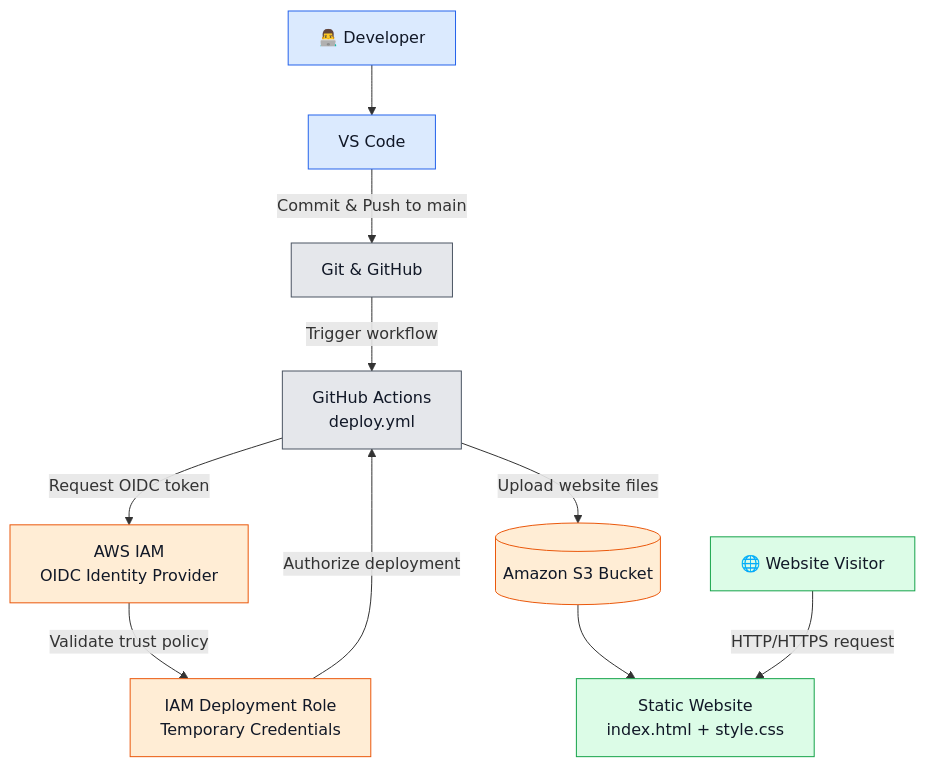
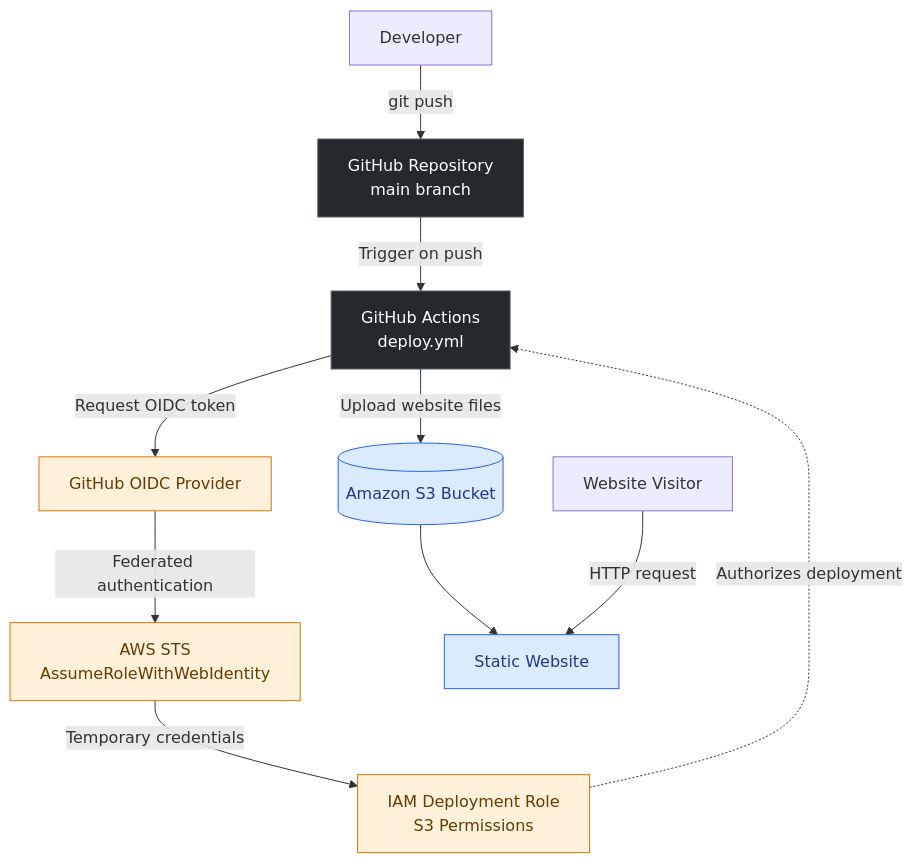
One commit to heetnandu01/AWS-S3-Static-Website-Hosting changed the diagram in README.md. Above: the diagram before and after it, drawn with Mermaid. The commit also changed other lines of this file, not shown here.

````diff
--- a/README.md
+++ b/README.md
@@ -14,32 +7,30 @@
 ```mermaid
 flowchart TD
-    A["👨‍💻 Developer"]
-    B["VS Code"]
-    C["Git & GitHub"]
-    D["GitHub Actions<br/>deploy.yml"]
-    E["AWS IAM<br/>OIDC Identity Provider"]
-    F["IAM Deployment Role<br/>Temporary Credentials"]
+    A["Developer"]
+    B["GitHub Repository<br/>main branch"]
+    C["GitHub Actions<br/>deploy.yml"]
+    D["GitHub OIDC Provider"]
+    E["AWS STS<br/>AssumeRoleWithWebIdentity"]
+    F["IAM Deployment Role<br/>S3 Permissions"]
     G[("Amazon S3 Bucket")]
-    H["Static Website<br/>index.html + style.css"]
-    I["🌐 Website Visitor"]
+    H["Static Website"]
+    I["Website Visitor"]
 
-    A --> B
-    B -->|"Commit & Push to main"| C
-    C -->|"Trigger workflow"| D
-    D -->|"Request OIDC token"| E
-    E -->|"Validate trust policy"| F
-    F -->|"Authorize deployment"| D
-    D -->|"Upload website files"| G
+    A -->|"git push"| B
+    B -->|"Trigger on push"| C
+    C -->|"Request OIDC token"| D
+    D -->|"Federated authentication"| E
+    E -->|"Temporary credentials"| F
+    F -.->|"Authorizes deployment"| C
+    C -->|"Upload website files"| G
     G --> H
-    I -->|"HTTP/HTTPS request"| H
+    I -->|"HTTP request"| H
 
-    classDef developer fill:#dbeafe,stroke:#2563eb,color:#111827
-    classDef github fill:#e5e7eb,stroke:#4b5563,color:#111827
-    classDef aws fill:#ffedd5,stroke:#ea580c,color:#111827
-    classDef website fill:#dcfce7,stroke:#16a34a,color:#111827
+    classDef github fill:#24292e,color:#ffffff,stroke:#57606a
+    classDef security fill:#fff0d9,color:#663c00,stroke:#d97706
+    classDef storage fill:#dbeafe,color:#1e3a8a,stroke:#2563eb
 
-    class A,B developer
-    class C,D github
-    class E,F,G aws
-    class H,I website
+    class B,C github
+    class D,E,F security
+    class G,H storage
 ```
````
